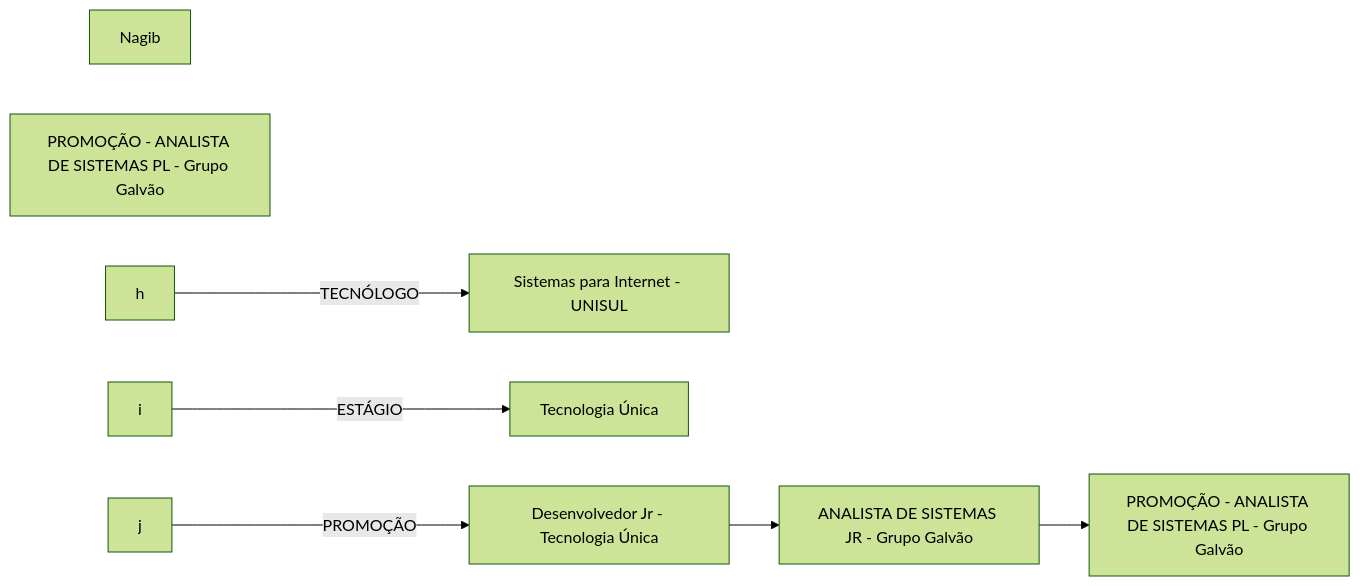
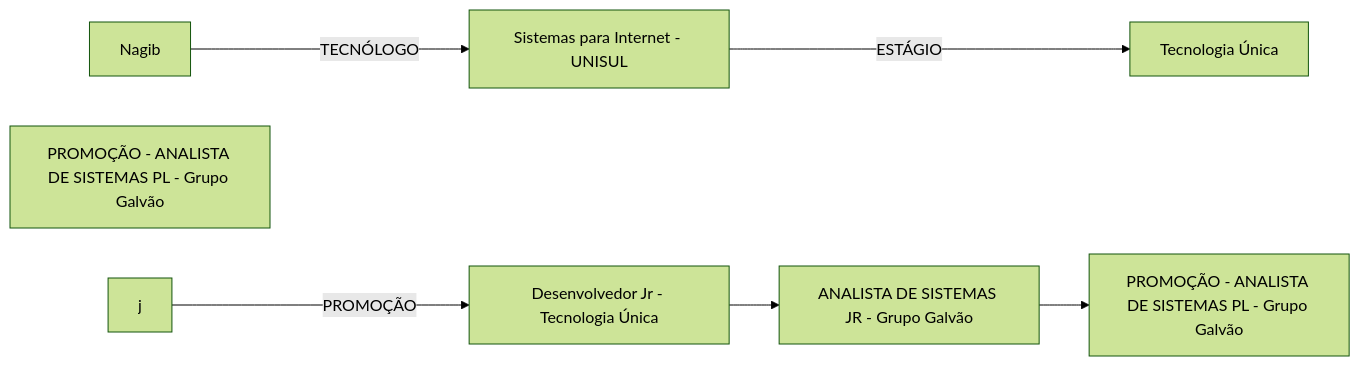
Before and after one commit to rafsp/Graduacao_FIAP: the diagram in Advanced-Business-Development-with-.NET/1º-Semestre/Aula-01-%2D-Introdução-e-Apresentação/Apresentação-do-Professor.md, drawn with Mermaid (forest theme).

Commit message:
Updated Apresentação do Professor

```diff
--- a/Advanced-Business-Development-with-.NET/1º-Semestre/Aula-01-%2D-Introdução-e-Apresentação/Apresentação-do-Professor.md
+++ b/Advanced-Business-Development-with-.NET/1º-Semestre/Aula-01-%2D-Introdução-e-Apresentação/Apresentação-do-Professor.md
@@ -1,15 +1,15 @@
 ::: mermaid
 flowchart LR;
 a[Nagib];
 b[Sistemas para Internet - UNISUL];
 c[Tecnologia Única];
 d[Desenvolvedor Jr - Tecnologia Única];
 e[ANALISTA DE SISTEMAS JR - Grupo Galvão];
 f[PROMOÇÃO - ANALISTA DE SISTEMAS PL - Grupo Galvão];
 g[PROMOÇÃO - ANALISTA DE SISTEMAS PL - Grupo Galvão];
-h--TECNÓLOGO--->b;
-i--ESTÁGIO--->c;
+a--TECNÓLOGO--->b;
+b--ESTÁGIO--->c;
 j--PROMOÇÃO--->d;
 d-->e;
 e-->f;
 :::
```
